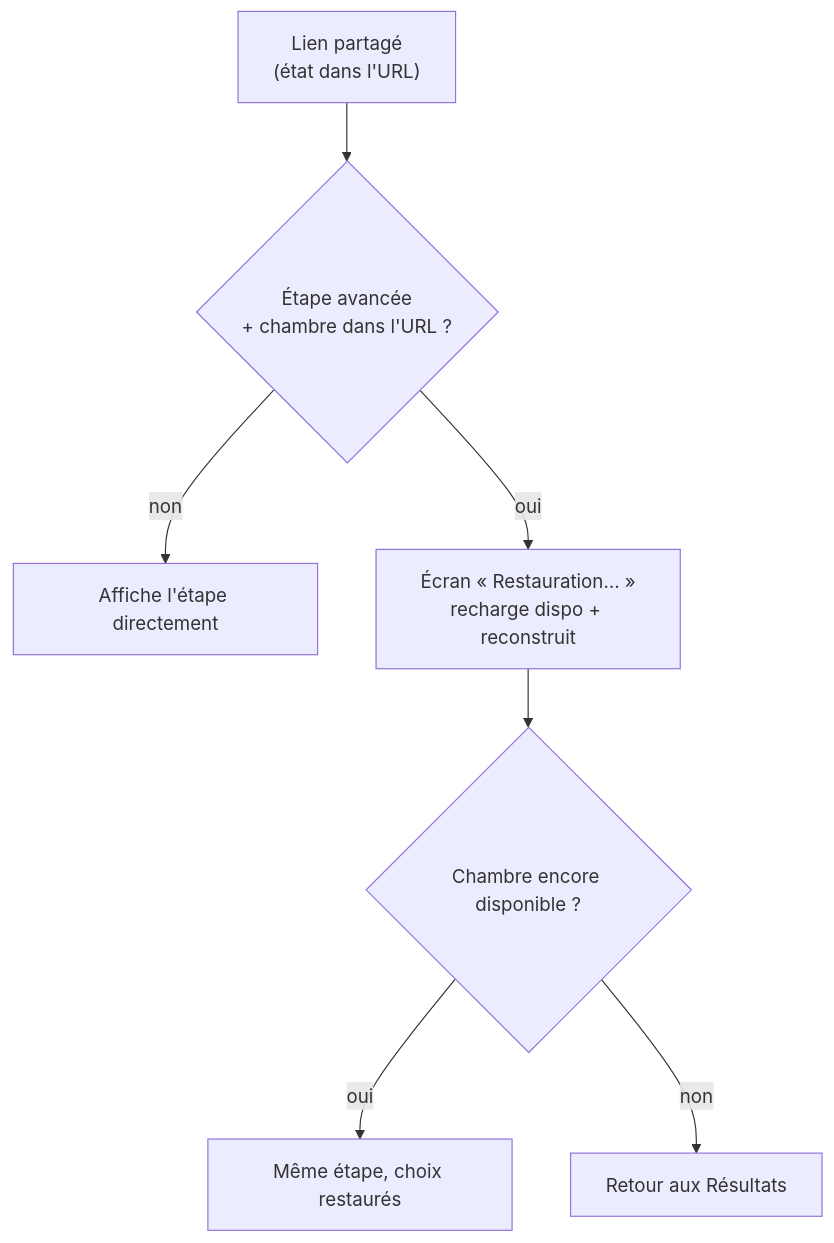
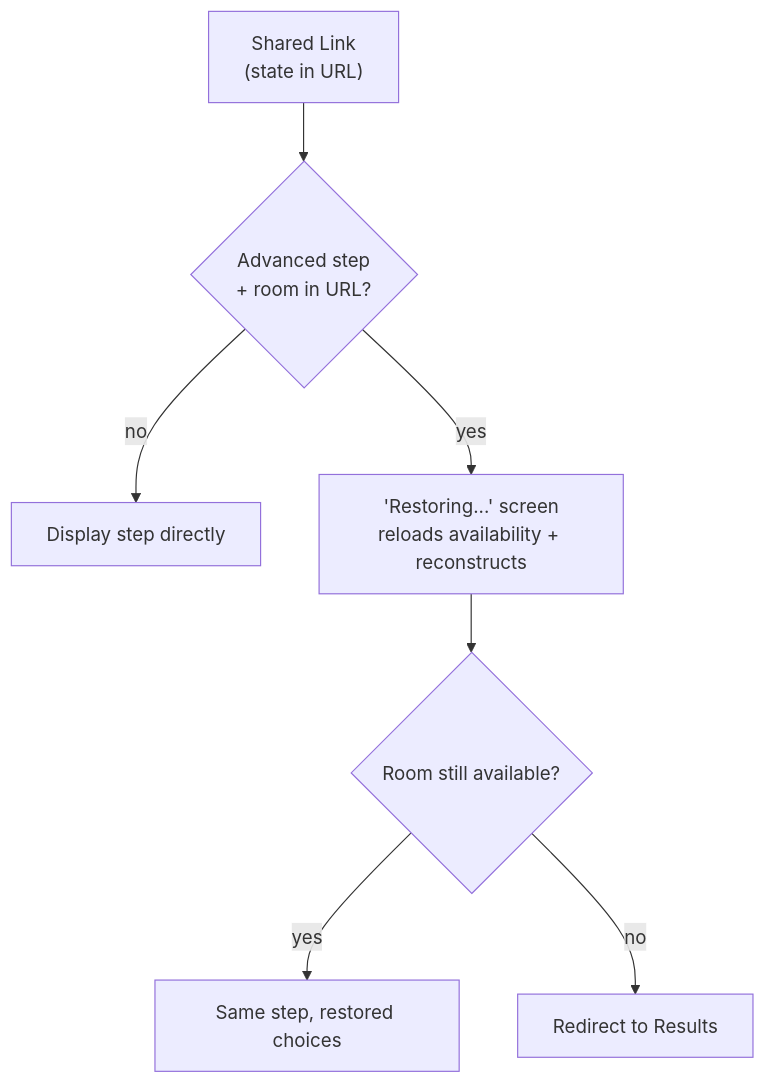
Before and after one commit to REVREBEL/urban-cowboy-booking-engine: the third of 4 diagrams in docs/architecture.md, drawn with Mermaid. The commit also changed other lines of this file and 10 other files, not shown here.

````diff
--- a/docs/architecture.md
+++ b/docs/architecture.md
@@ -106,9 +87,10 @@
 ```mermaid
 flowchart TD
-  L["Lien partagé<br/>(état dans l'URL)"] --> Q{"Étape avancée<br/>+ chambre dans l'URL ?"}
-  Q -->|non| R["Affiche l'étape directement"]
-  Q -->|oui| LO["Écran « Restauration… »<br/>recharge dispo + reconstruit"]
-  LO --> OK{"Chambre encore disponible ?"}
-  OK -->|oui| S["Même étape, choix restaurés"]
-  OK -->|non| B["Retour aux Résultats"]
+  L["Shared Link<br/>(state in URL)"] --> Q{"Advanced step<br/>+ room in URL?"}
+  Q -->|no| R["Display step directly"]
+  Q -->|yes| LO["'Restoring...' screen<br/>reloads availability + reconstructs"]
+  LO --> OK{"Room still available?"}
+  OK -->|yes| S["Same step, restored choices"]
+  OK -->|no| B["Redirect to Results"]
+
 ```
````
